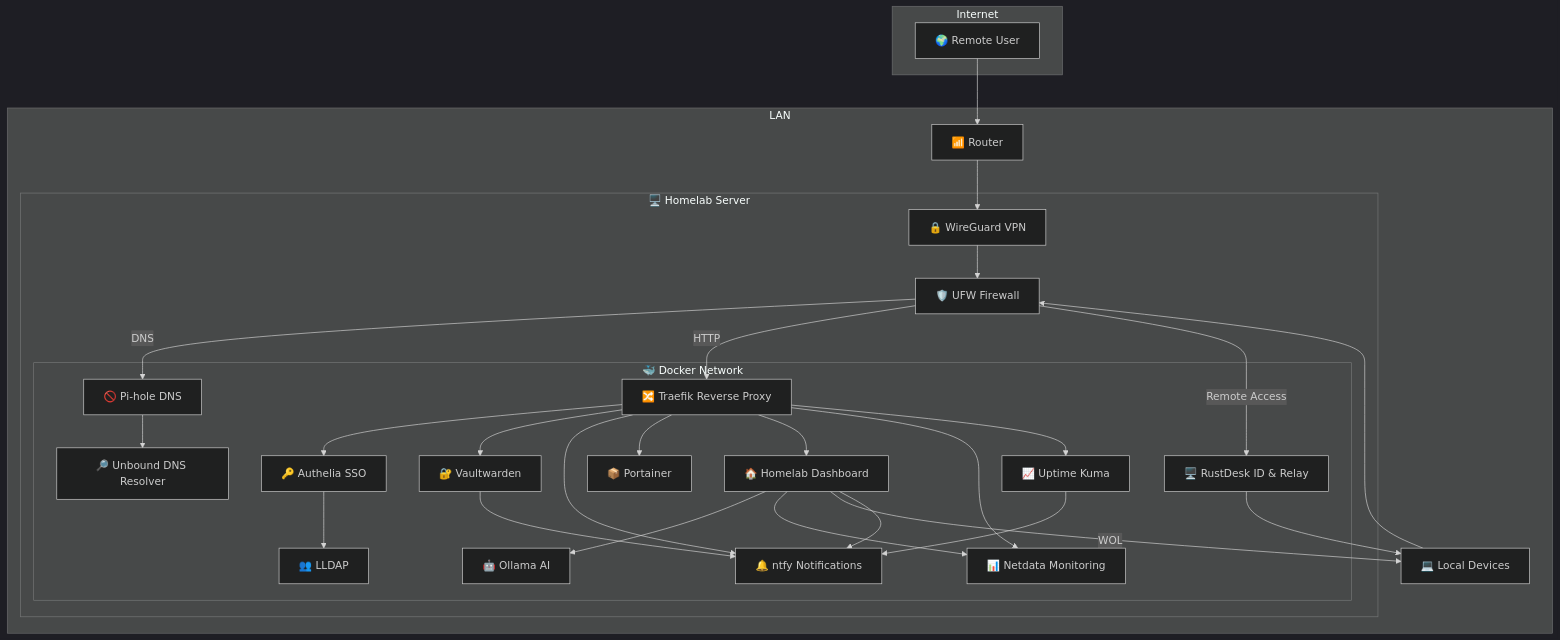
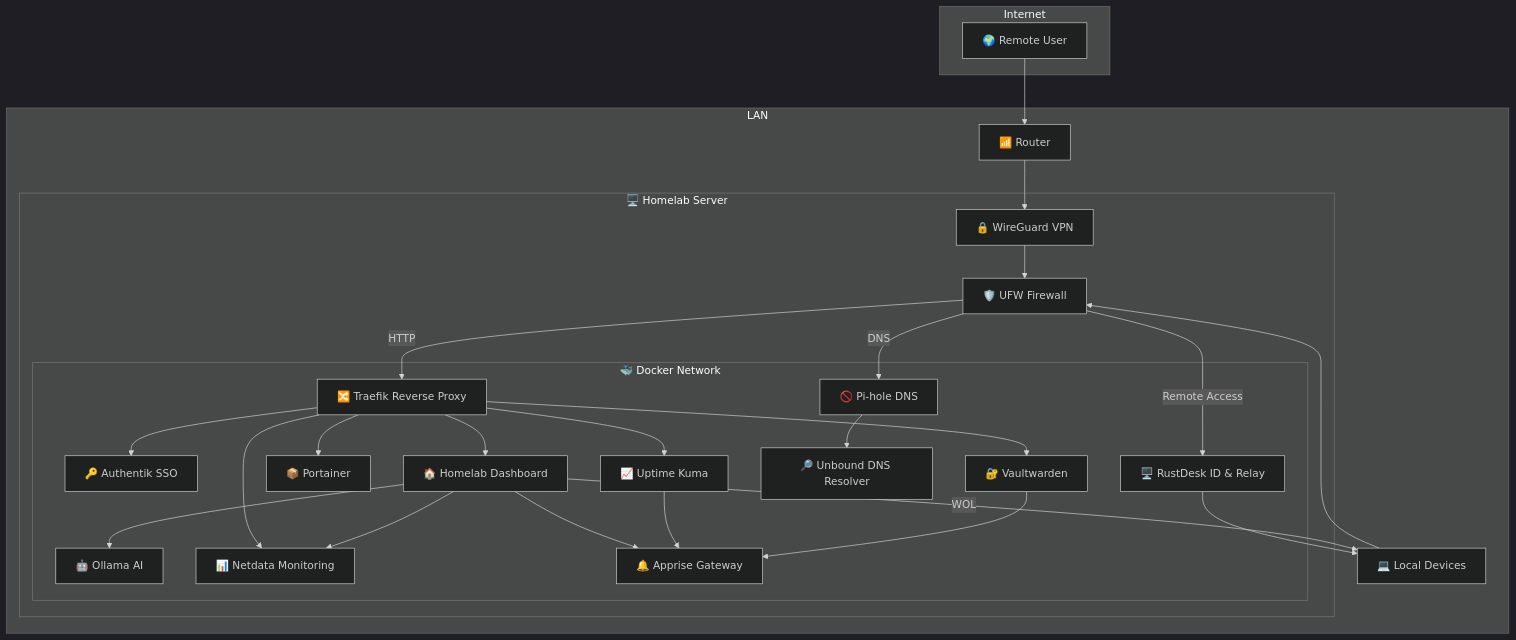
The diagram in README.md (satsinush/homelab), drawn with Mermaid before and after one commit. The commit also changed other lines of this file and 31 other files, not shown here.

````diff
--- a/README.md
+++ b/README.md
@@ -48,70 +48,66 @@
 ```mermaid
 %%{init: {
     "theme": "dark"
 }}%%
 graph TD
     %% INTERNET
     subgraph Internet
         RemoteClient[🌍 Remote User]
     end
 
     %% LAN
     subgraph LAN
         Router[📶 Router]
         LocalClient[💻 Local Devices]
 
         subgraph Server[🖥️ Homelab Server]
             WireGuard[🔒 WireGuard VPN]
             UFW[🛡️ UFW Firewall]
 
             subgraph Docker[🐳 Docker Network]
                 Traefik[🔀 Traefik Reverse Proxy]
-                Authelia[🔑 Authelia SSO]
+                Authentik[🔑 Authentik SSO]
                 Vaultwarden[🔐 Vaultwarden]
                 Portainer[📦 Portainer]
                 Dashboard[🏠 Homelab Dashboard]
                 Ollama[🤖 Ollama AI]
                 Netdata[📊 Netdata Monitoring]
                 UptimeKuma[📈 Uptime Kuma]
-                Ntfy[🔔 ntfy Notifications]
-                LLDAP[👥 LLDAP]
+                Apprise[🔔 Apprise Gateway]
                 Pihole[🚫 Pi-hole DNS]
                 Unbound[🔎 Unbound DNS Resolver]
                 Rustdesk[🖥️ RustDesk ID & Relay]
             end
         end
     end
 
     %% Entry chain
     RemoteClient --> Router --> WireGuard --> UFW
     LocalClient --> UFW
 
     %% DNS chain
     Pihole --> Unbound
     UFW -->|DNS| Pihole
 
     %% Firewall routes
     UFW -->|HTTP| Traefik
     UFW -->|Remote Access| Rustdesk --> LocalClient
 
     %% Proxy/Auth flows
-    Traefik --> Authelia
+    Traefik --> Authentik
     Traefik --> Vaultwarden
-    Traefik --> Ntfy
     Traefik --> Portainer
     Traefik --> Dashboard
     Traefik --> Netdata
     Traefik --> UptimeKuma
 
-    Authelia --> LLDAP
-
     %% Dashboard flows
     Dashboard --> Ollama
     Dashboard --> Netdata
     Dashboard -->|WOL| LocalClient
-    Dashboard --> Ntfy
+    Dashboard --> Apprise
 
     %% Notifications
-    UptimeKuma --> Ntfy
-    Vaultwarden --> Ntfy
+    UptimeKuma --> Apprise
+    Vaultwarden --> Apprise
 ```
````
